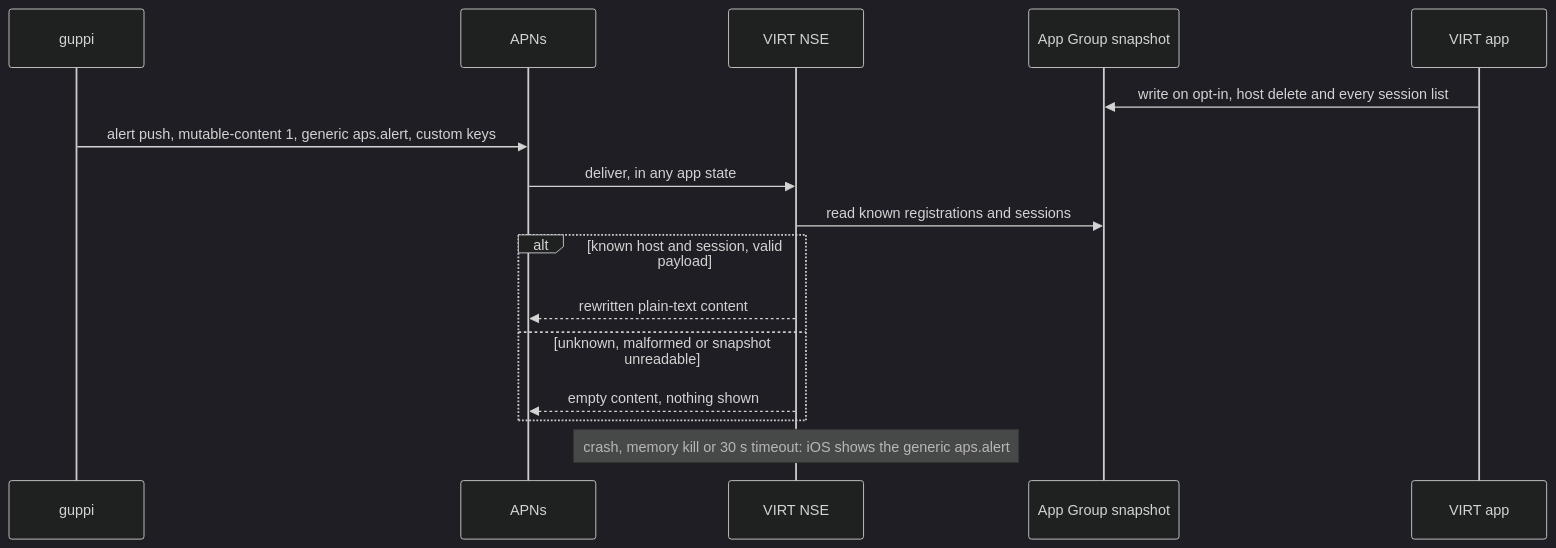
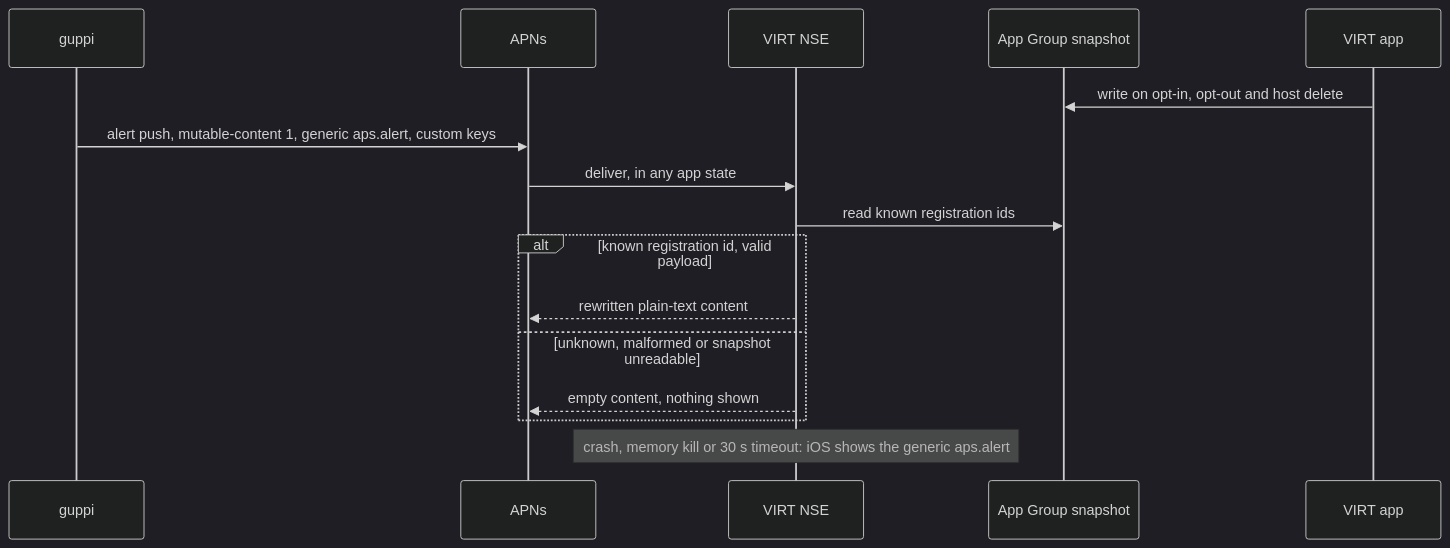
One commit to eridanilabs/VIRT changed the diagram in docs/design/push-display-feasibility.md. Above: the diagram before and after it, drawn with Mermaid (dark theme). The commit also changed other lines of this file, not shown here.

````diff
--- a/docs/design/push-display-feasibility.md
+++ b/docs/design/push-display-feasibility.md
@@ -114,18 +127,18 @@
 ```mermaid
 sequenceDiagram
     participant G as guppi
     participant A as APNs
     participant N as VIRT NSE
     participant S as App Group snapshot
     participant V as VIRT app
-    V->>S: write on opt-in, host delete and every session list
+    V->>S: write on opt-in, opt-out and host delete
     G->>A: alert push, mutable-content 1, generic aps.alert, custom keys
     A->>N: deliver, in any app state
-    N->>S: read known registrations and sessions
-    alt known host and session, valid payload
+    N->>S: read known registration ids
+    alt known registration id, valid payload
         N-->>A: rewritten plain-text content
     else unknown, malformed or snapshot unreadable
         N-->>A: empty content, nothing shown
     end
     Note over N: crash, memory kill or 30 s timeout: iOS shows the generic aps.alert
 ```
````
